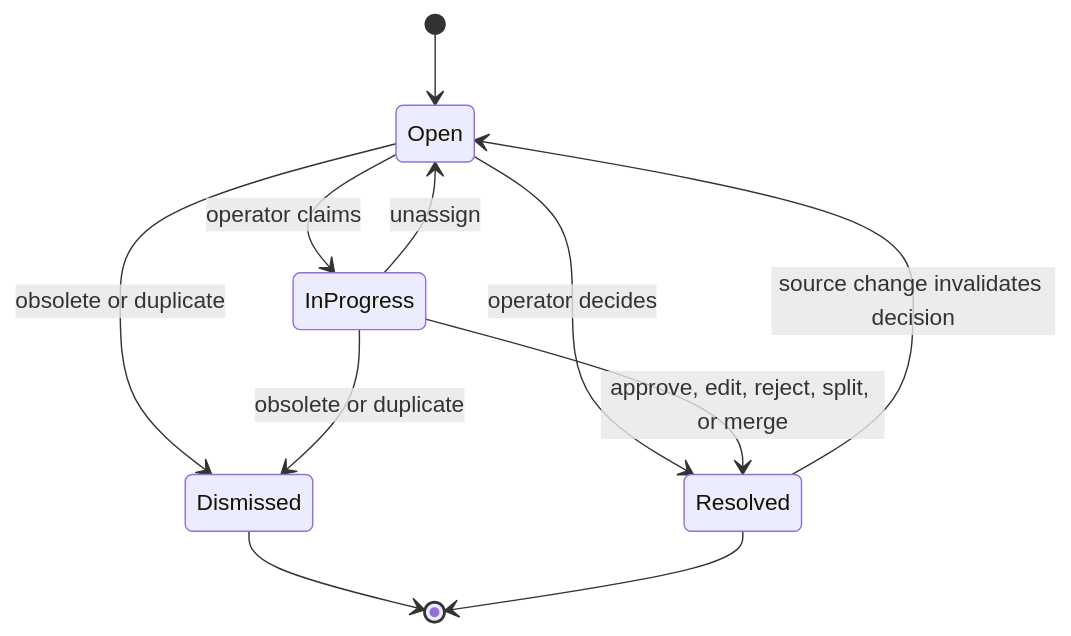
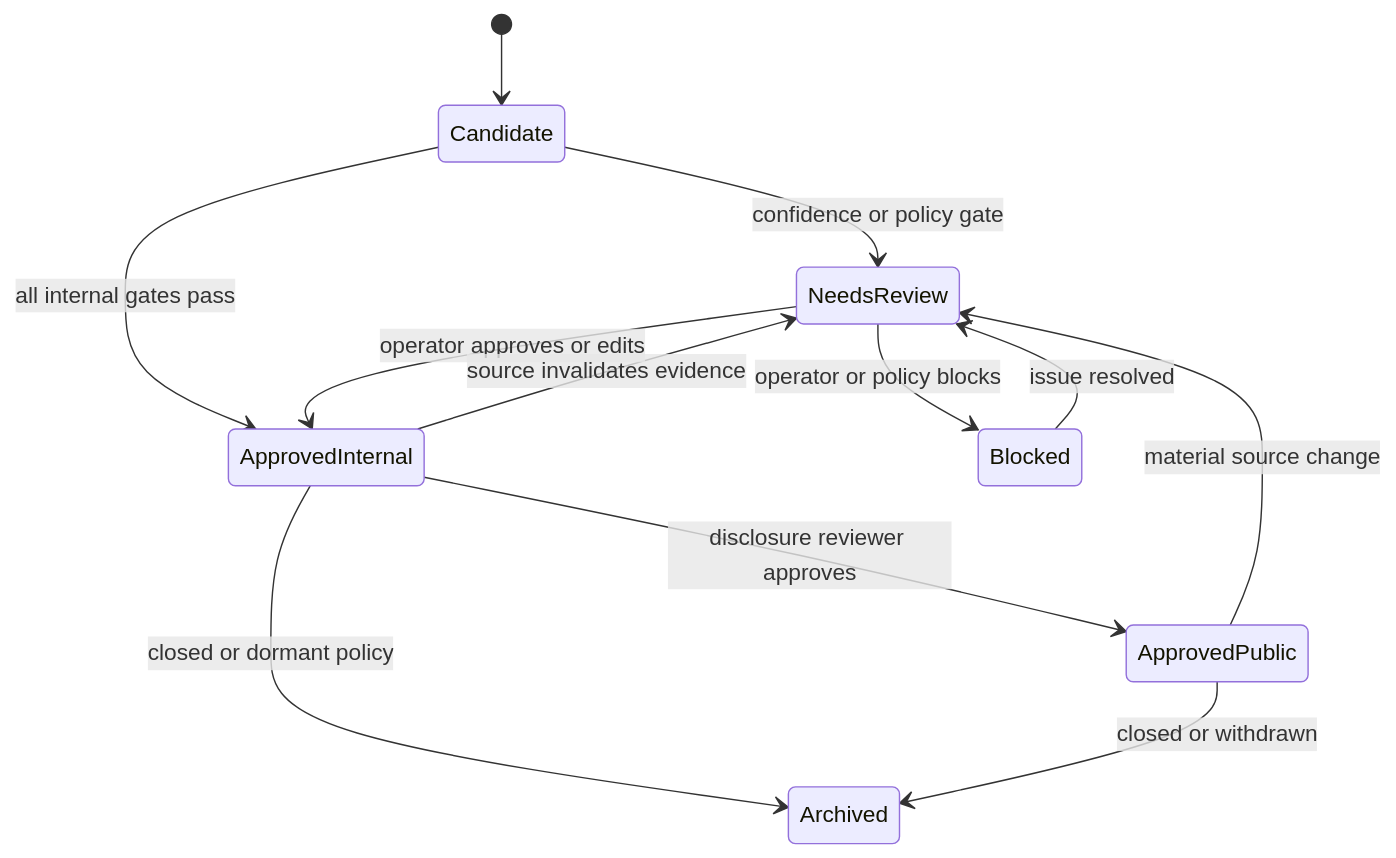
The second of 2 diagrams in TECHNICAL_SPEC.md (sedim3nt/horizon), drawn with Mermaid before and after one commit. The commit also changed other lines of this file and 5 other files, not shown here.

````diff
--- a/TECHNICAL_SPEC.md
+++ b/TECHNICAL_SPEC.md
@@ -711,13 +446,14 @@
 ```mermaid
 stateDiagram-v2
-    [*] --> Open
-    Open --> InProgress: operator claims
-    Open --> Resolved: operator decides
-    Open --> Dismissed: obsolete or duplicate
-    InProgress --> Open: unassign
-    InProgress --> Resolved: approve, edit, reject, split, or merge
-    InProgress --> Dismissed: obsolete or duplicate
-    Resolved --> Open: source change invalidates decision
-    Dismissed --> [*]
-    Resolved --> [*]
+    [*] --> Candidate
+    Candidate --> NeedsReview: confidence or policy gate
+    Candidate --> ApprovedInternal: all internal gates pass
+    NeedsReview --> ApprovedInternal: operator approves or edits
+    NeedsReview --> Blocked: operator or policy blocks
+    ApprovedInternal --> ApprovedPublic: disclosure reviewer approves
+    ApprovedInternal --> NeedsReview: source invalidates evidence
+    ApprovedPublic --> NeedsReview: material source change
+    ApprovedInternal --> Archived: closed or dormant policy
+    ApprovedPublic --> Archived: closed or withdrawn
+    Blocked --> NeedsReview: issue resolved
 ```
````
